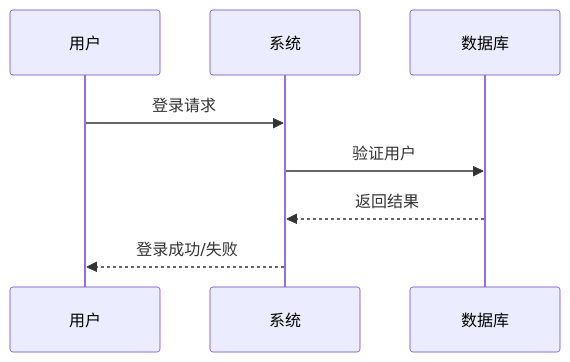
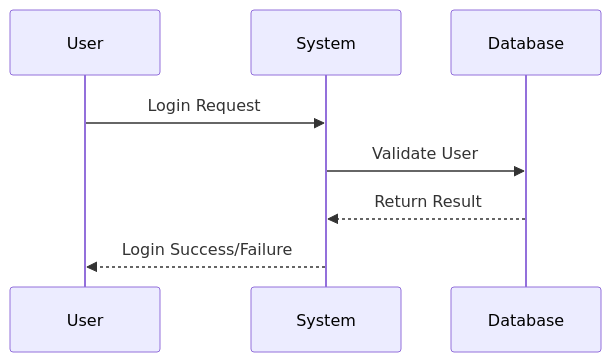
The second of 8 diagrams in docs/articles/mermaid-diagram-guide.md (zhuangbiaowei/vitepress-ospo-writing-project), drawn with Mermaid before and after one commit. The commit also changed other lines of this file and 182 other files, not shown here.

````diff
--- a/docs/articles/mermaid-diagram-guide.md
+++ b/docs/articles/mermaid-diagram-guide.md
@@ -31,11 +31,11 @@
 ```mermaid
 sequenceDiagram
-    participant 用户
-    participant 系统
-    participant 数据库
+    participant User
+    participant System
+    participant Database
     
-    用户->>系统: 登录请求
-    系统->>数据库: 验证用户
-    数据库-->>系统: 返回结果
-    系统-->>用户: 登录成功/失败
+    User->>System: Login Request
+    System->>Database: Validate User
+    Database-->>System: Return Result
+    System-->>User: Login Success/Failure
 ```
````
